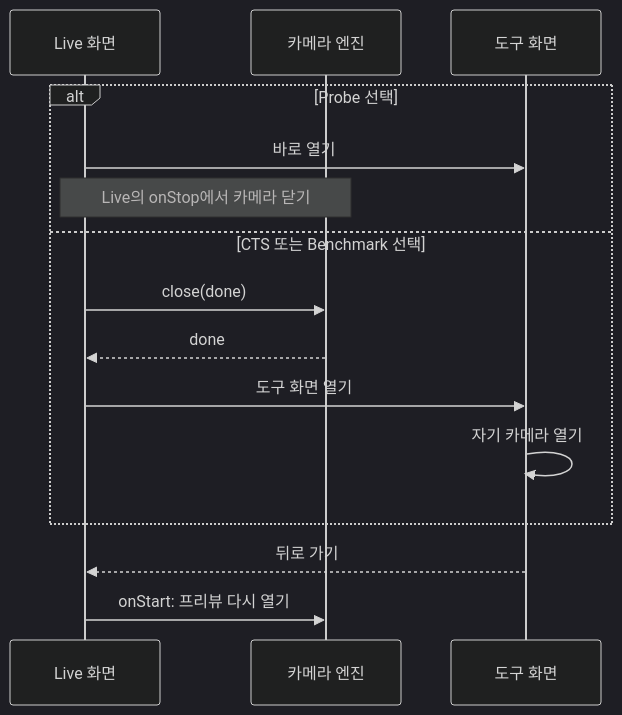
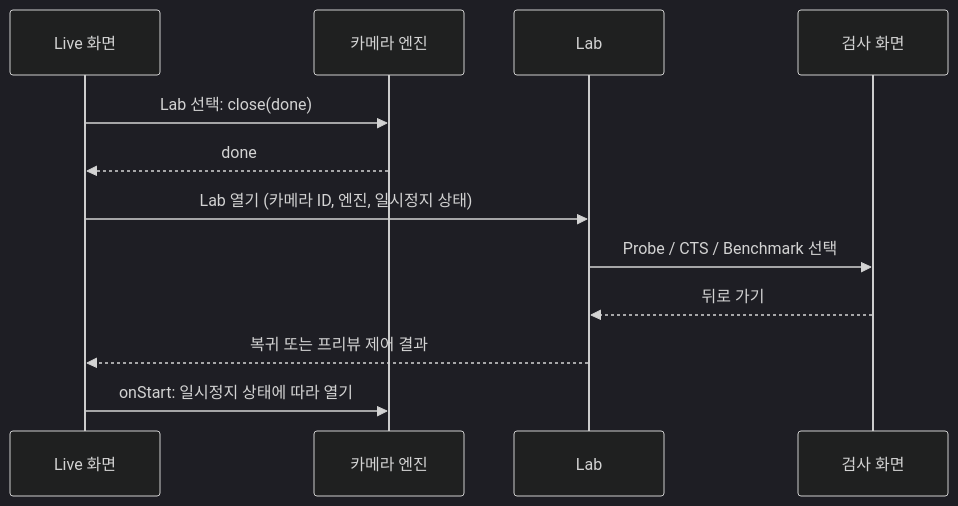
The second of 3 diagrams in docs/design/APP-UI.md (TTolsun/hal-camera), drawn with Mermaid (dark theme) before and after one commit. The commit also changed other lines of this file and 27 other files, not shown here.

````diff
--- a/docs/design/APP-UI.md
+++ b/docs/design/APP-UI.md
@@ -115,17 +115,14 @@
 ```mermaid
 sequenceDiagram
     participant L as Live 화면
     participant E as 카메라 엔진
-    participant T as 도구 화면
-    alt Probe 선택
-        L->>T: 바로 열기
-        Note over L,E: Live의 onStop에서 카메라 닫기
-    else CTS 또는 Benchmark 선택
-        L->>E: close(done)
-        E-->>L: done
-        L->>T: 도구 화면 열기
-        T->>T: 자기 카메라 열기
-    end
-    T-->>L: 뒤로 가기
-    L->>E: onStart: 프리뷰 다시 열기
+    participant W as Lab
+    participant T as 검사 화면
+    L->>E: Lab 선택: close(done)
+    E-->>L: done
+    L->>W: Lab 열기 (카메라 ID, 엔진, 일시정지 상태)
+    W->>T: Probe / CTS / Benchmark 선택
+    T-->>W: 뒤로 가기
+    W-->>L: 복귀 또는 프리뷰 제어 결과
+    L->>E: onStart: 일시정지 상태에 따라 열기
 ```
````
